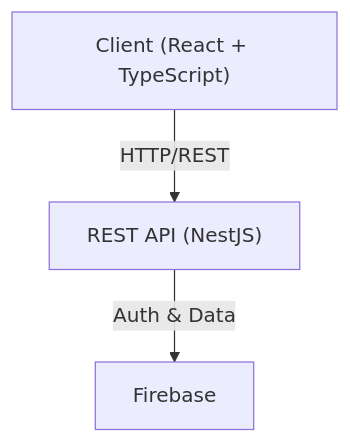
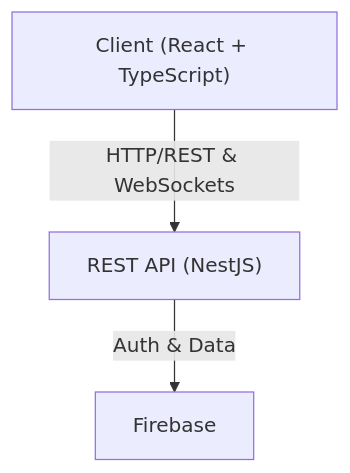
One commit to CristianLona/Quiniela-App changed the diagram in README.md. Above: the diagram before and after it, drawn with Mermaid. The commit also changed other lines of this file, not shown here.

````diff
--- a/README.md
+++ b/README.md
@@ -50,5 +53,5 @@
 ```mermaid
 graph TD
-    Client["Client (React + TypeScript)"] -->|HTTP/REST| API["REST API (NestJS)"]
+    Client["Client (React + TypeScript)"] -->|HTTP/REST & WebSockets| API["REST API (NestJS)"]
     API -->|Auth & Data| Firebase[Firebase]
 ```
````
